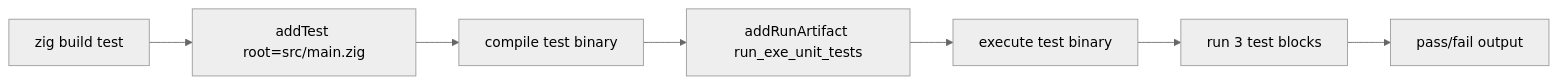
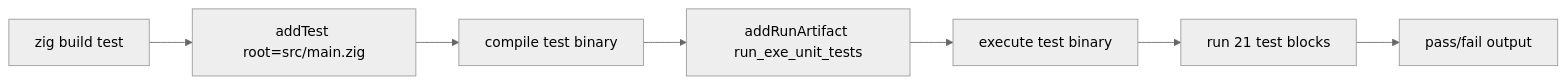
The third of 5 diagrams in specs/specifications/workflows.md (bfernandez31/death-note), drawn with Mermaid (neutral theme) before and after one commit. The commit also changed other lines of this file and 8 other files, not shown here.

````diff
--- a/specs/specifications/workflows.md
+++ b/specs/specifications/workflows.md
@@ -135,9 +135,9 @@
 ```mermaid
 graph LR
     A[zig build test] --> B[addTest root=src/main.zig]
     B --> C[compile test binary]
     C --> D[addRunArtifact run_exe_unit_tests]
     D --> E[execute test binary]
-    E --> F[run 3 test blocks]
+    E --> F[run 21 test blocks]
     F --> G[pass/fail output]
 ```
````
